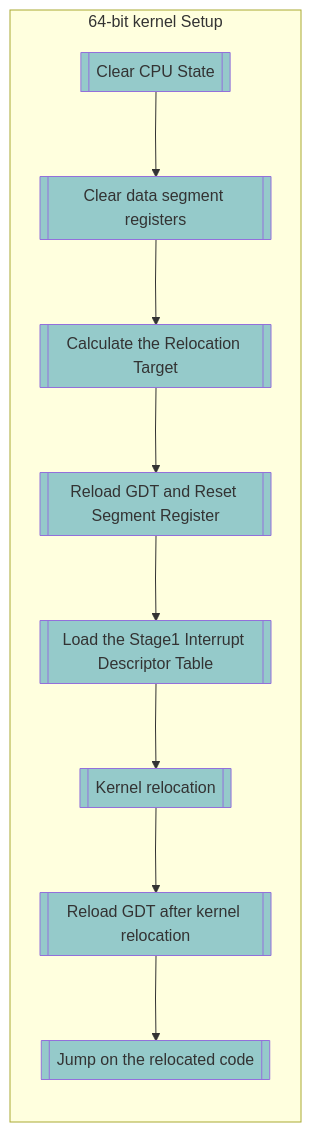
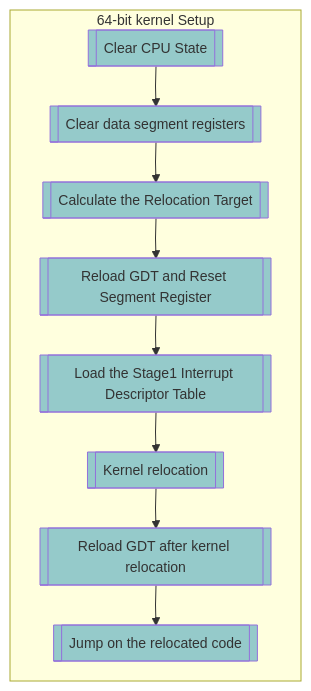
The fourth of 5 diagrams in README.md (Jingyu1998/x86-64-linux-bootup), drawn with Mermaid before and after one commit. The commit also changed other lines of this file, not shown here.

Commit message:
Update Mermaid Attribute in README.md

````diff
--- a/README.md
+++ b/README.md
@@ -256,35 +256,34 @@
 ```mermaid
 %%{init: {
   'flowchart': { 
     'nodeSpacing': 40, 
-    'rankSpacing': 60,
+    'rankSpacing': 15,
     'curve': 'linear'
   },
   'themeVariables': {
-    'fontSize': '16px',
+    'fontSize': '14px',
     'fontFamily': 'monospace'
   }
 }}%%
 flowchart TD
     %% Define Styles
     classDef StringNode fill:#95CACA
 
     %% Subgraph 
     subgraph 64-bit kernel Setup
         direction TB
         string1[["Clear CPU State"]]:::StringNode
         string2[["Clear data segment registers"]]:::StringNode
         string3[["Calculate the Relocation Target"]]:::StringNode
         string4[["Reload GDT and Reset Segment Register"]]:::StringNode
         string5[["Load the Stage1 Interrupt Descriptor Table"]]:::StringNode
         string6[["Kernel relocation"]]:::StringNode
         string7[["Reload GDT after kernel relocation"]]:::StringNode
         string8[["Jump on the relocated code"]]:::StringNode
         
-        
         %% Connection
         string1 --> string2 --> string3 --> string4  
         string4 --> string5 --> string6 --> string7
         string7 --> string8 
     end
 ```
````
